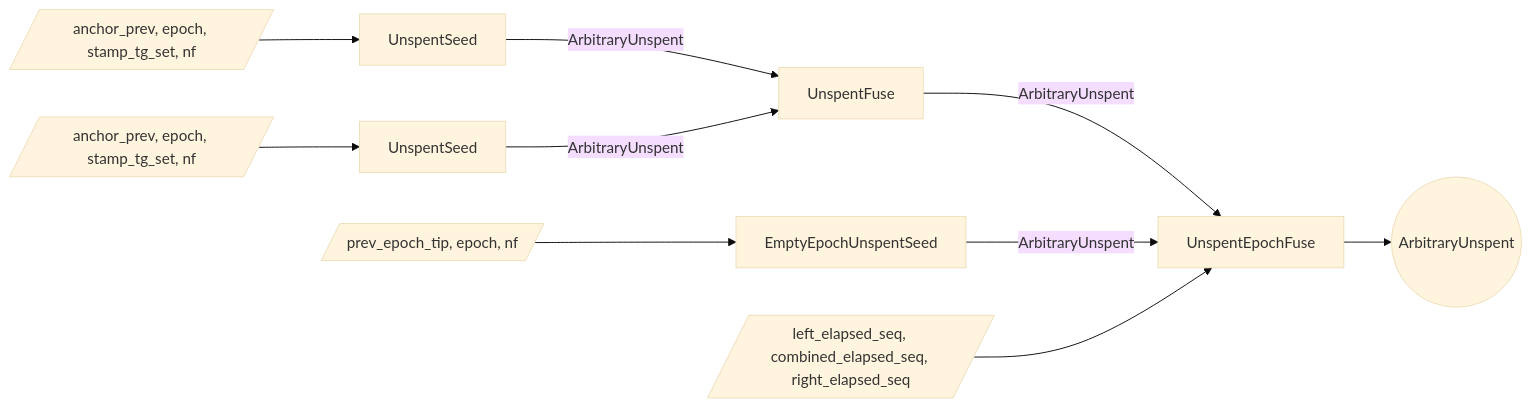
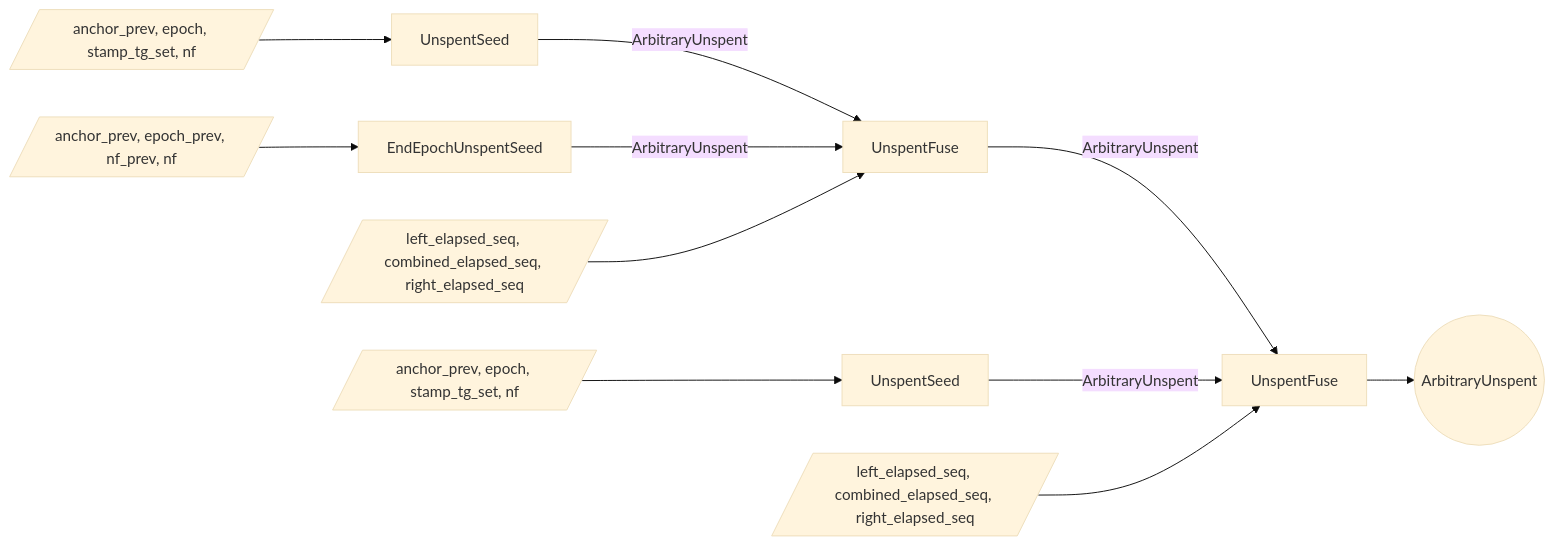
The third of 3 diagrams in book/src/proof-tree.md (tachyon-zcash/tachyon), drawn with Mermaid (base theme) before and after one commit. The commit also changed other lines of this file, not shown here.

````diff
--- a/book/src/proof-tree.md
+++ b/book/src/proof-tree.md
@@ -331,23 +314,25 @@
 ```mermaid
 flowchart LR
   w_seed[/anchor_prev, epoch, stamp_tg_set, nf/]
   s_useed[UnspentSeed]
+  w_cross[/anchor_prev, epoch_prev, nf_prev, nf/]
+  s_cross[EndEpochUnspentSeed]
+  w_ufuse[/left_elapsed_seq, combined_elapsed_seq, right_elapsed_seq/]
+  s_ufuse[UnspentFuse]
   w_next[/anchor_prev, epoch, stamp_tg_set, nf/]
   s_unext[UnspentSeed]
-  s_ufuse[UnspentFuse]
-  w_eseed[/prev_epoch_tip, epoch, nf/]
-  s_eseed[EmptyEpochUnspentSeed]
-  w_efuse[/left_elapsed_seq, combined_elapsed_seq, right_elapsed_seq/]
-  s_efuse[UnspentEpochFuse]
+  w_ufuse2[/left_elapsed_seq, combined_elapsed_seq, right_elapsed_seq/]
+  s_ufuse2[UnspentFuse]
   unspent_out((ArbitraryUnspent))
 
   w_seed --> s_useed
+  w_cross --> s_cross
   w_next --> s_unext
-  w_eseed --> s_eseed
   s_useed -->|ArbitraryUnspent| s_ufuse
-  s_unext -->|ArbitraryUnspent| s_ufuse
-  s_ufuse -->|ArbitraryUnspent| s_efuse
-  s_eseed -->|ArbitraryUnspent| s_efuse
-  w_efuse --> s_efuse
-  s_efuse --> unspent_out
+  s_cross -->|ArbitraryUnspent| s_ufuse
+  w_ufuse --> s_ufuse
+  s_ufuse -->|ArbitraryUnspent| s_ufuse2
+  s_unext -->|ArbitraryUnspent| s_ufuse2
+  w_ufuse2 --> s_ufuse2
+  s_ufuse2 --> unspent_out
 ```
````
